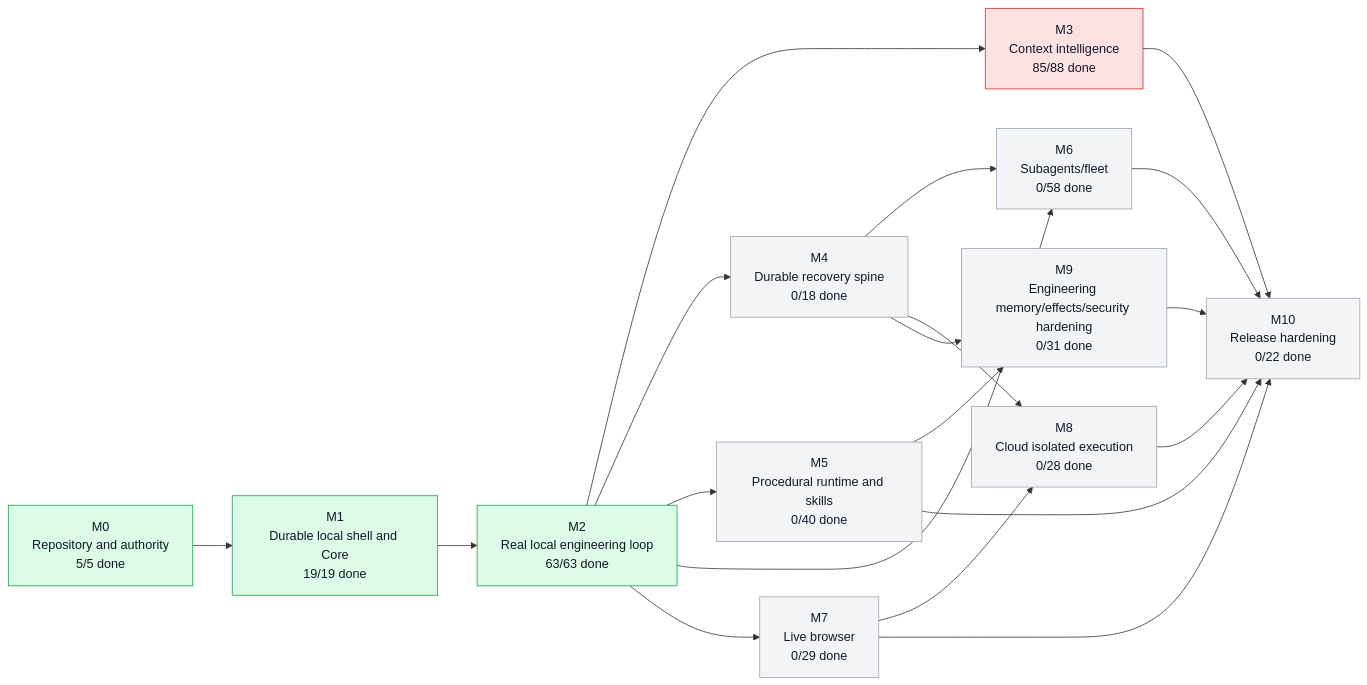
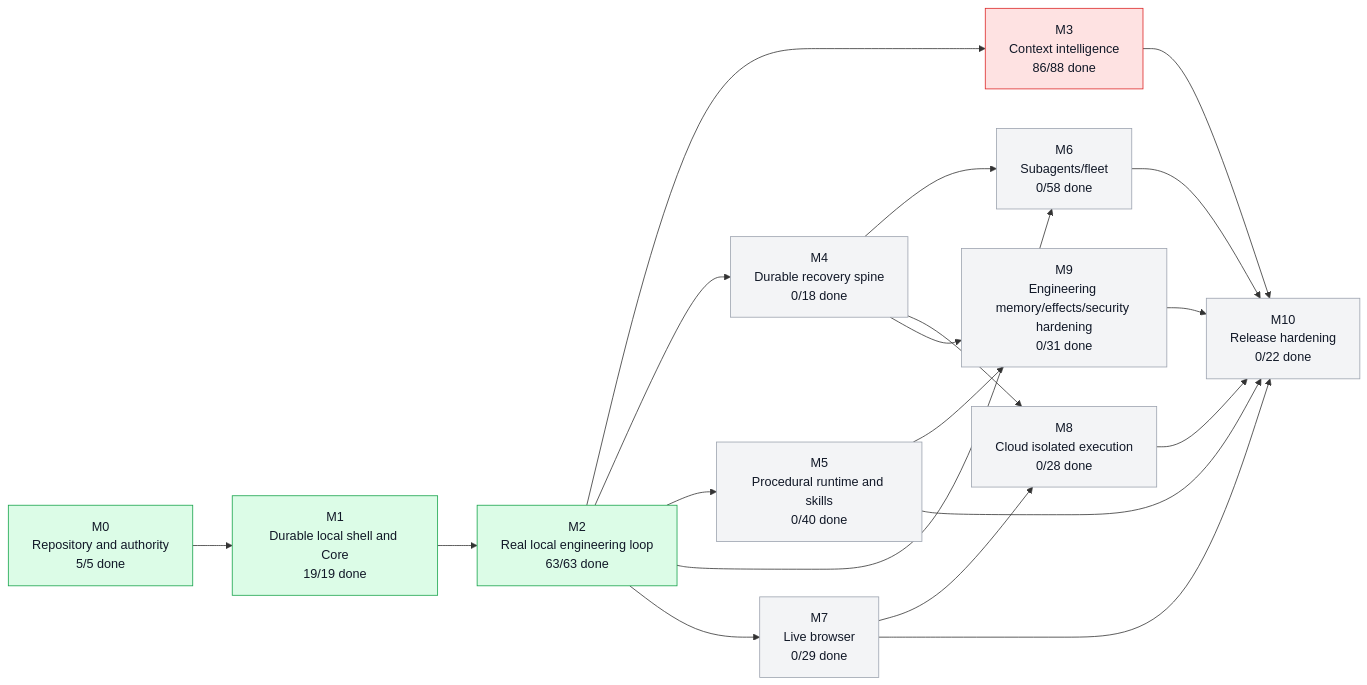
The first of 5 diagrams in graph/PROJECT_GRAPH.md (moss101/modbit), drawn with Mermaid before and after one commit. The commit also changed other lines of this file and 23 other files, not shown here.

````diff
--- a/graph/PROJECT_GRAPH.md
+++ b/graph/PROJECT_GRAPH.md
@@ -57,43 +57,43 @@
 ```mermaid
 flowchart LR
   M0["M0<br/>Repository and authority<br/>5/5 done"]
   M1["M1<br/>Durable local shell and Core<br/>19/19 done"]
   M2["M2<br/>Real local engineering loop<br/>63/63 done"]
-  M3["M3<br/>Context intelligence<br/>85/88 done"]
+  M3["M3<br/>Context intelligence<br/>86/88 done"]
   M4["M4<br/>Durable recovery spine<br/>0/18 done"]
   M5["M5<br/>Procedural runtime and skills<br/>0/40 done"]
   M6["M6<br/>Subagents/fleet<br/>0/58 done"]
   M7["M7<br/>Live browser<br/>0/29 done"]
   M8["M8<br/>Cloud isolated execution<br/>0/28 done"]
   M9["M9<br/>Engineering memory/effects/security hardening<br/>0/31 done"]
   M10["M10<br/>Release hardening<br/>0/22 done"]
   M0 --> M1
   M1 --> M2
   M2 --> M3
   M2 --> M4
   M2 --> M5
   M2 --> M6
   M4 --> M6
   M2 --> M7
   M4 --> M8
   M7 --> M8
   M4 --> M9
   M5 --> M9
   M3 --> M10
   M5 --> M10
   M6 --> M10
   M7 --> M10
   M8 --> M10
   M9 --> M10
   style M0 fill:#dcfce7,stroke:#16a34a,color:#111827
   style M1 fill:#dcfce7,stroke:#16a34a,color:#111827
   style M2 fill:#dcfce7,stroke:#16a34a,color:#111827
   style M3 fill:#fee2e2,stroke:#dc2626,color:#111827
   style M4 fill:#f3f4f6,stroke:#9ca3af,color:#111827
   style M5 fill:#f3f4f6,stroke:#9ca3af,color:#111827
   style M6 fill:#f3f4f6,stroke:#9ca3af,color:#111827
   style M7 fill:#f3f4f6,stroke:#9ca3af,color:#111827
   style M8 fill:#f3f4f6,stroke:#9ca3af,color:#111827
   style M9 fill:#f3f4f6,stroke:#9ca3af,color:#111827
   style M10 fill:#f3f4f6,stroke:#9ca3af,color:#111827
 ```
````
